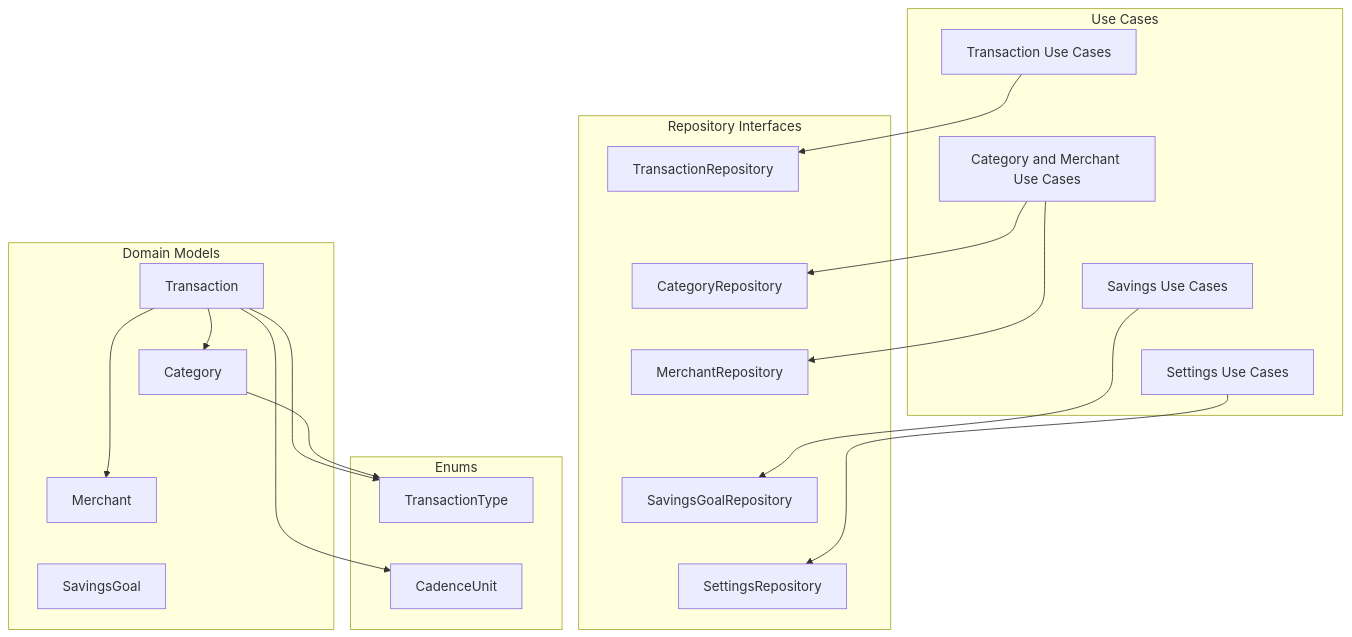
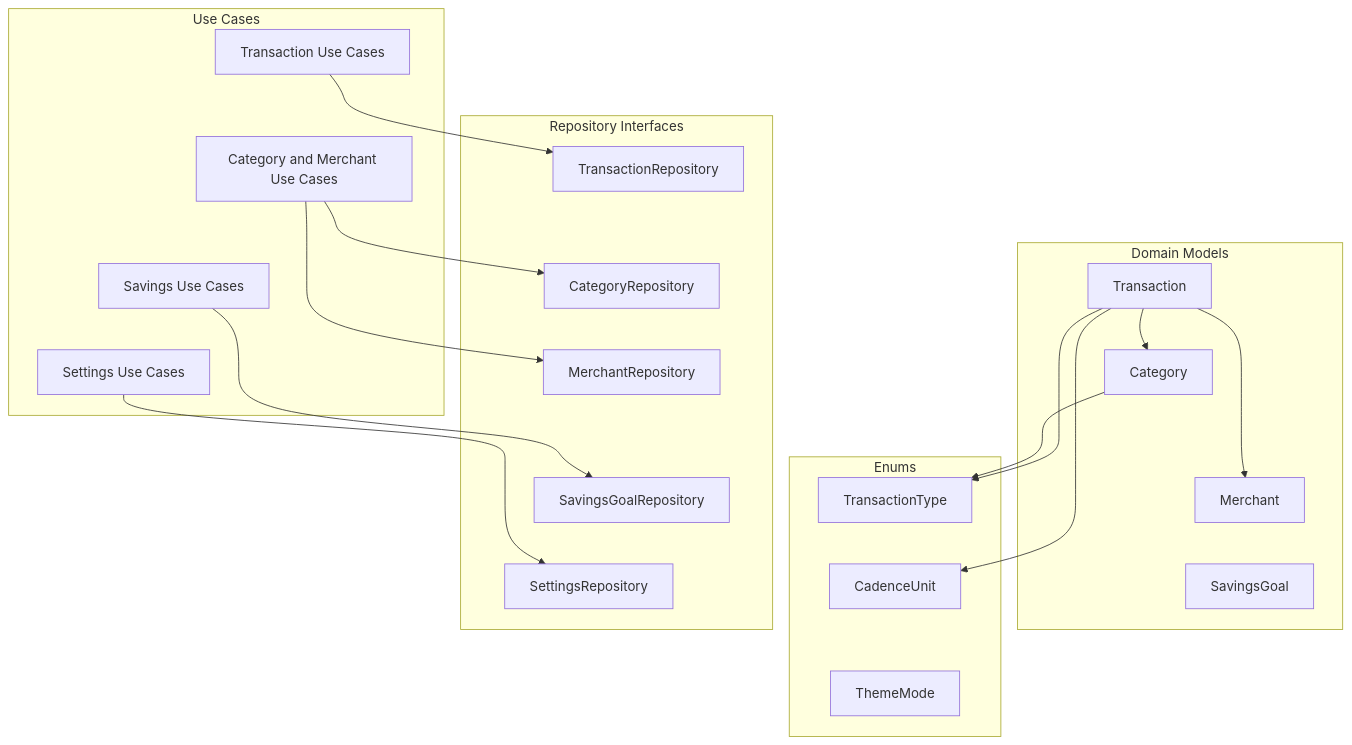
Before and after one commit to JFfarrell/financesApp: the diagram in docs/architecture/02_domain.md, drawn with Mermaid. The commit also changed other lines of this file and 35 other files, not shown here.

````diff
--- a/docs/architecture/02_domain.md
+++ b/docs/architecture/02_domain.md
@@ -5,44 +5,45 @@
 ```mermaid
 graph TD
 
     subgraph Models["Domain Models"]
         Transaction["Transaction"]
         Transaction ~~~ Category["Category"]
         Category ~~~ Merchant["Merchant"]
         Merchant ~~~ SavingsGoal["SavingsGoal"]
     end
 
     subgraph Enums["Enums"]
         TransactionType["TransactionType"]
         TransactionType ~~~ CadenceUnit["CadenceUnit"]
+        CadenceUnit ~~~ ThemeMode["ThemeMode"]
     end
 
     subgraph Interfaces["Repository Interfaces"]
         TR["TransactionRepository"]
         TR ~~~ CR["CategoryRepository"]
         CR ~~~ MR["MerchantRepository"]
         MR ~~~ SGR["SavingsGoalRepository"]
         SGR ~~~ SR["SettingsRepository"]
     end
 
     subgraph UseCases["Use Cases"]
         TUC["Transaction Use Cases"]
         TUC ~~~ CUC["Category and Merchant Use Cases"]
         CUC ~~~ SUC["Savings Use Cases"]
         SUC ~~~ STUC["Settings Use Cases"]
     end
 
     Transaction --> TransactionType
     Transaction --> CadenceUnit
     Transaction --> Category
     Transaction --> Merchant
     Category --> TransactionType
 
     TUC --> TR
     CUC --> CR
     CUC --> MR
     SUC --> SGR
     STUC --> SR
 
     TR ~~~ Transaction
 ```
````
